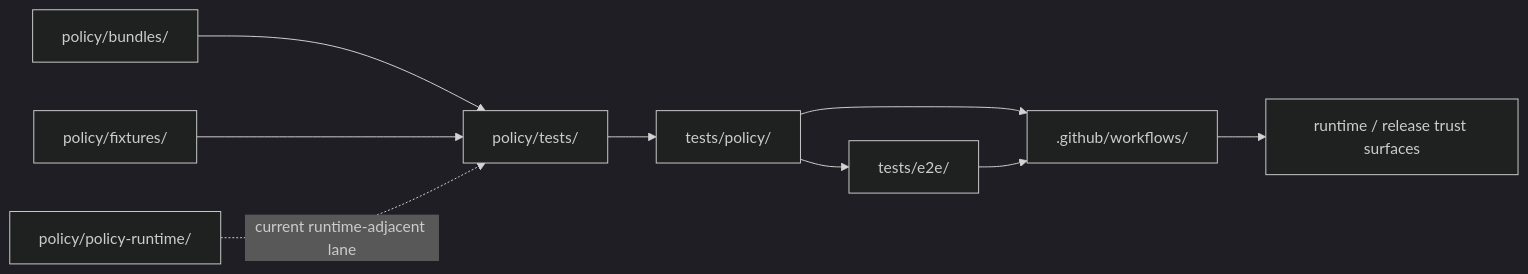
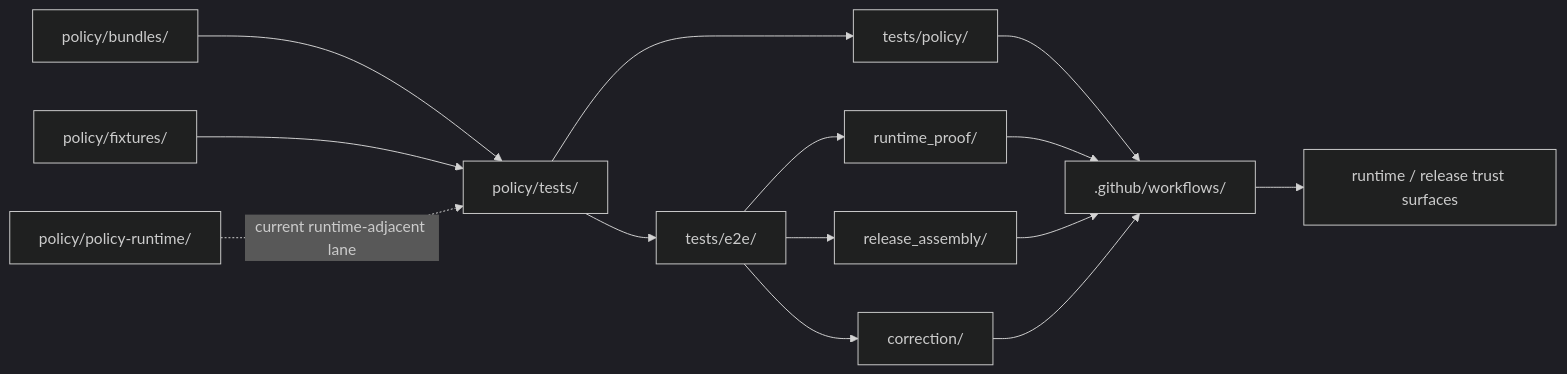
One commit to bartytime4life/Kansas-Frontier-Matrix changed the diagram in policy/tests/README.md. Above: the diagram before and after it, drawn with Mermaid (dark theme). The commit also changed other lines of this file, not shown here.

First line of the commit message:
Update README.md for policy tests with latest changes

````diff
--- a/policy/tests/README.md
+++ b/policy/tests/README.md
@@ -240,11 +268,16 @@
 ```mermaid
 flowchart LR
     B["policy/bundles/"] --> T["policy/tests/"]
     F["policy/fixtures/"] --> T
     R["policy/policy-runtime/"] -. current runtime-adjacent lane .-> T
     T --> P["tests/policy/"]
-    P --> E["tests/e2e/"]
+    T --> E["tests/e2e/"]
+    E --> RP["runtime_proof/"]
+    E --> RA["release_assembly/"]
+    E --> C["correction/"]
     P --> W[".github/workflows/"]
-    E --> W
+    RP --> W
+    RA --> W
+    C --> W
     W --> S["runtime / release trust surfaces"]
 ```
````
